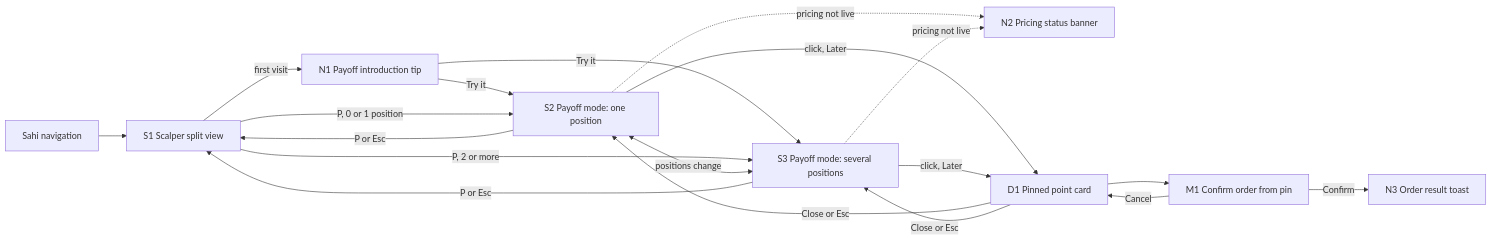
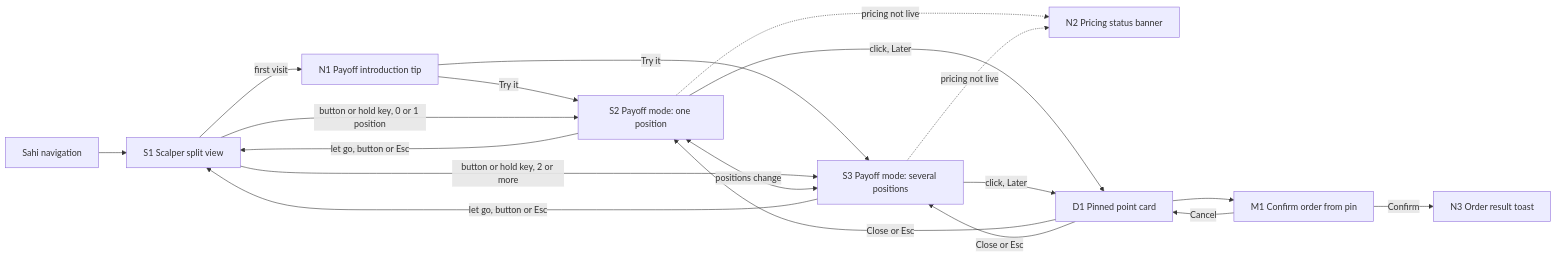
One commit to suhascpaunikar/sahi-concept changed the diagram in docs/sahi-payoff-desktop-prd.md. Above: the diagram before and after it, drawn with Mermaid. The commit also changed other lines of this file and 1 other file, not shown here.

First line of the commit message:
Update Payoff PRD to v1.1: hold-to-peek replaces the P key

````diff
--- a/docs/sahi-payoff-desktop-prd.md
+++ b/docs/sahi-payoff-desktop-prd.md
@@ -190,21 +192,21 @@
 ```mermaid
 flowchart LR
   EXT[Sahi navigation] --> S1[S1 Scalper split view]
   S1 -->|first visit| N1[N1 Payoff introduction tip]
   N1 -->|Try it| S2
   N1 -->|Try it| S3
-  S1 -->|P, 0 or 1 position| S2["S2 Payoff mode: one position"]
-  S1 -->|P, 2 or more| S3["S3 Payoff mode: several positions"]
-  S2 -->|P or Esc| S1
-  S3 -->|P or Esc| S1
+  S1 -->|button or hold key, 0 or 1 position| S2["S2 Payoff mode: one position"]
+  S1 -->|button or hold key, 2 or more| S3["S3 Payoff mode: several positions"]
+  S2 -->|let go, button or Esc| S1
+  S3 -->|let go, button or Esc| S1
   S2 <-->|positions change| S3
   S2 -.->|pricing not live| N2[N2 Pricing status banner]
   S3 -.->|pricing not live| N2
   S2 -->|click, Later| D1[D1 Pinned point card]
   S3 -->|click, Later| D1
   D1 --> M1[M1 Confirm order from pin]
   M1 -->|Confirm| N3[N3 Order result toast]
   M1 -->|Cancel| D1
   D1 -->|Close or Esc| S2
   D1 -->|Close or Esc| S3
 ```
````
